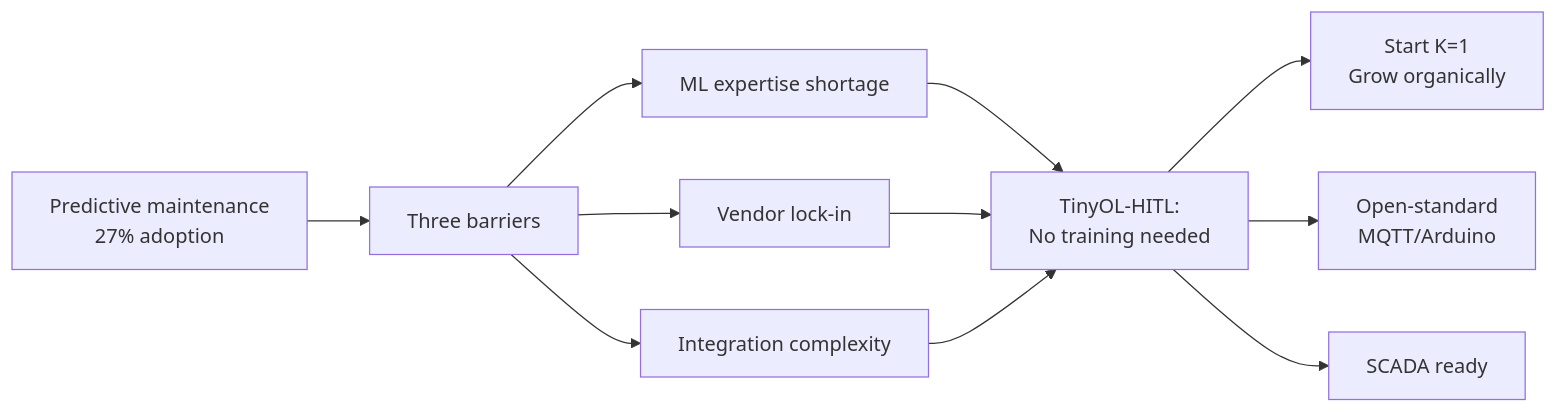
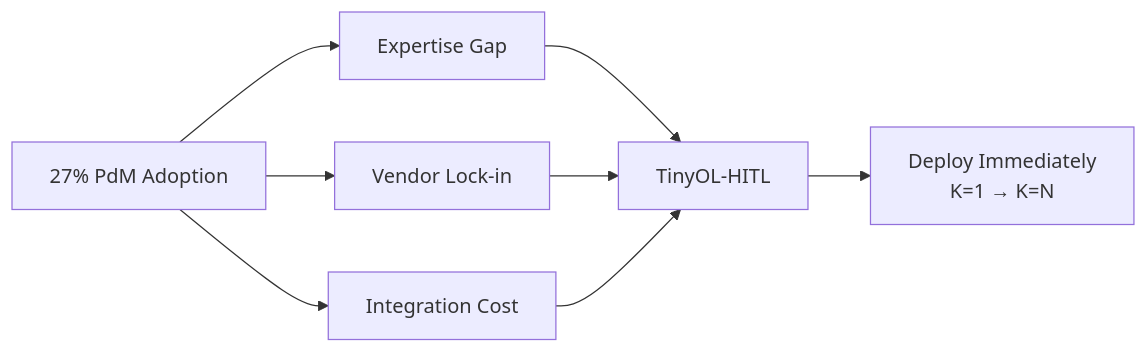
Before and after one commit to leekaize/tinyol-hitl: the first of 3 diagrams in README.md, drawn with Mermaid. The commit also changed other lines of this file and 17 other files, not shown here.

````diff
--- a/README.md
+++ b/README.md
@@ -24,15 +14,12 @@
 ```mermaid
 graph LR
-    A[Predictive maintenance<br/>27% adoption] --> B[Three barriers]
-    B --> C[ML expertise shortage]
-    B --> D[Vendor lock-in]
-    B --> E[Integration complexity]
+    A[27% PdM Adoption] --> B[Expertise Gap]
+    A --> C[Vendor Lock-in]
+    A --> D[Integration Cost]
 
-    C --> F[TinyOL-HITL:<br/>No training needed]
-    D --> F
-    E --> F
+    B --> E[TinyOL-HITL]
+    C --> E
+    D --> E
 
-    F --> G[Start K=1<br/>Grow organically]
-    F --> H[Open-standard<br/>MQTT/Arduino]
-    F --> I[SCADA ready]
+    E --> F[Deploy Immediately<br/>K=1 → K=N]
 ```
````
